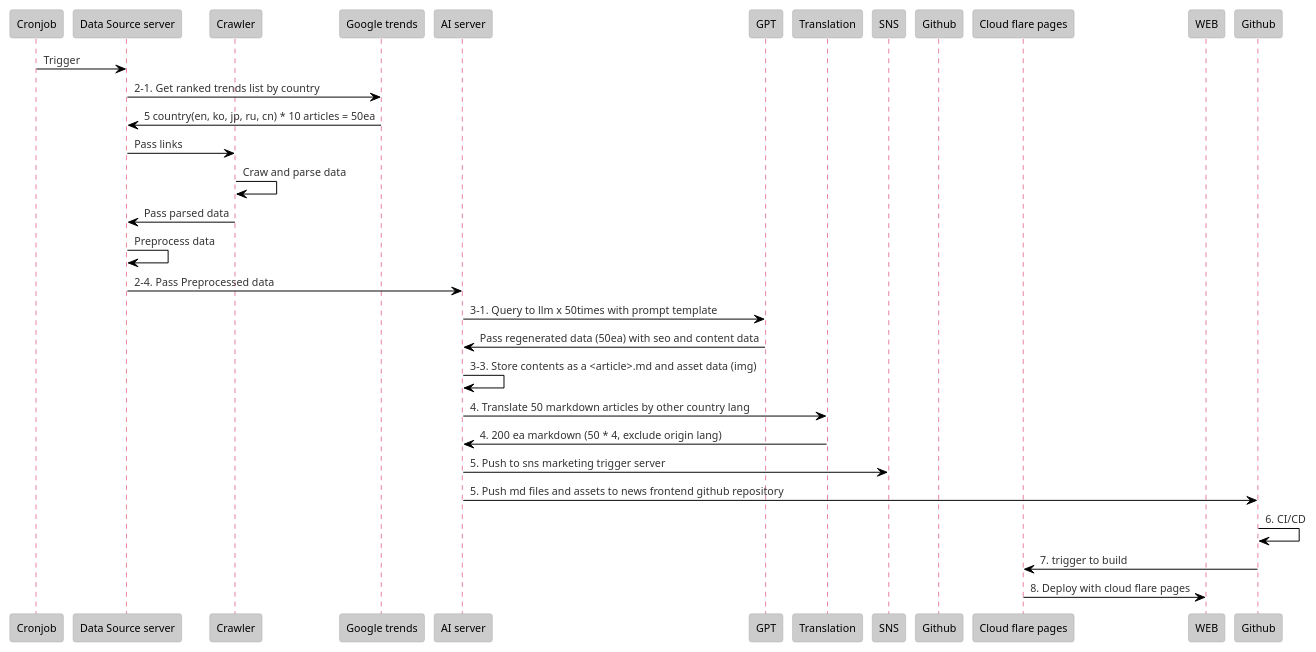
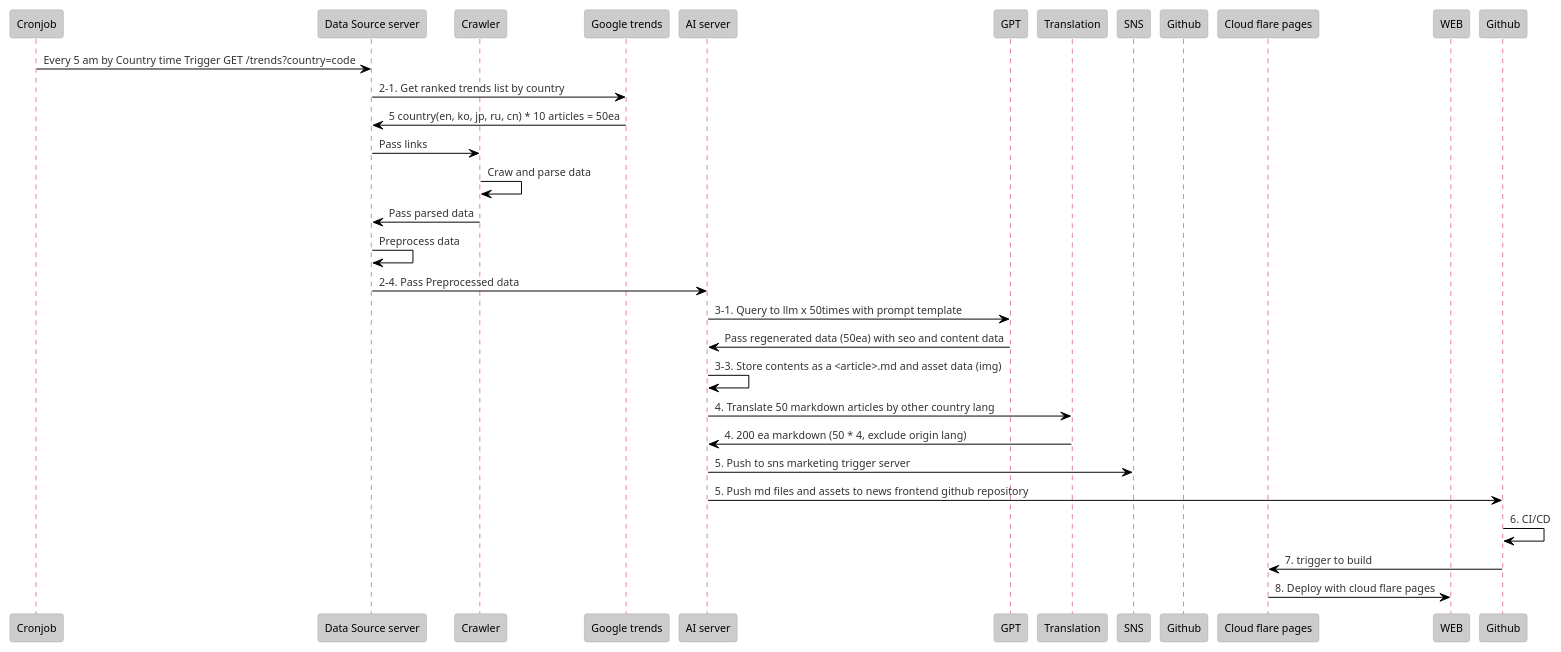
Before and after one commit to filekit-co/wikitoday: the diagram in docs/v1.iuml, drawn with PlantUML. The commit also changed 19 other files, not shown here.

```diff
--- a/docs/v1.iuml
+++ b/docs/v1.iuml
@@ -1,33 +1,33 @@
 @startuml
 !theme reddress-lightred
 participant Cronjob
 participant "Data Source server" as DSS
 participant "Crawler" as Crawler
 participant "Google trends" as Google
 participant "AI server" as AIS
 participant "GPT" as GPT
 participant "Translation" as Trans
 participant "SNS" as SNS
 participant "Github" as Repo
 participant "Cloud flare pages" as Build
 participant "WEB" as Deploy
 
-Cronjob -> DSS: Trigger
+Cronjob -> DSS: Every 5 am by Country time Trigger GET /trends?country=code
 DSS -> Google: 2-1. Get ranked trends list by country
 Google -> DSS: 5 country(en, ko, jp, ru, cn) * 10 articles = 50ea
 DSS -> Crawler: Pass links
 Crawler -> Crawler: Craw and parse data
 Crawler -> DSS: Pass parsed data
 DSS -> DSS: Preprocess data
 DSS -> AIS: 2-4. Pass Preprocessed data
 AIS -> GPT: 3-1. Query to llm x 50times with prompt template
 GPT -> AIS: Pass regenerated data (50ea) with seo and content data
 AIS -> AIS: 3-3. Store contents as a <article>.md and asset data (img)
 AIS -> Trans : 4. Translate 50 markdown articles by other country lang
 Trans -> AIS : 4. 200 ea markdown (50 * 4, exclude origin lang)
 AIS -> SNS: 5. Push to sns marketing trigger server
 AIS -> Github: 5. Push md files and assets to news frontend github repository
 Github -> Github: 6. CI/CD
 Github -> Build: 7. trigger to build
 Build -> Deploy: 8. Deploy with cloud flare pages
 @enduml
```
